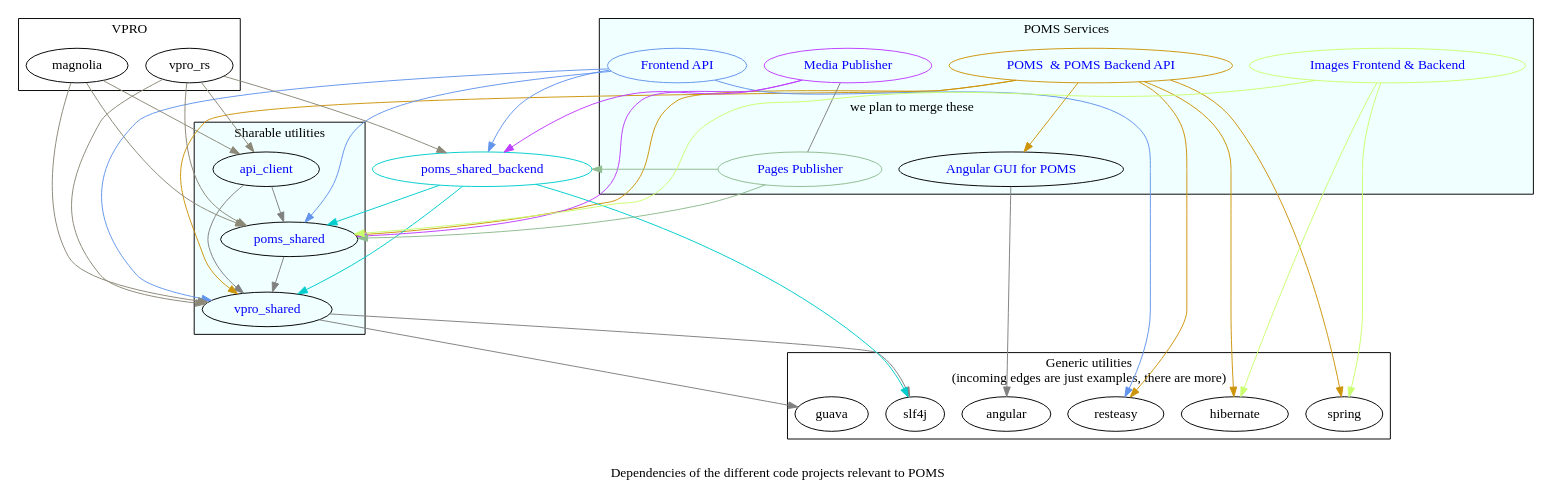
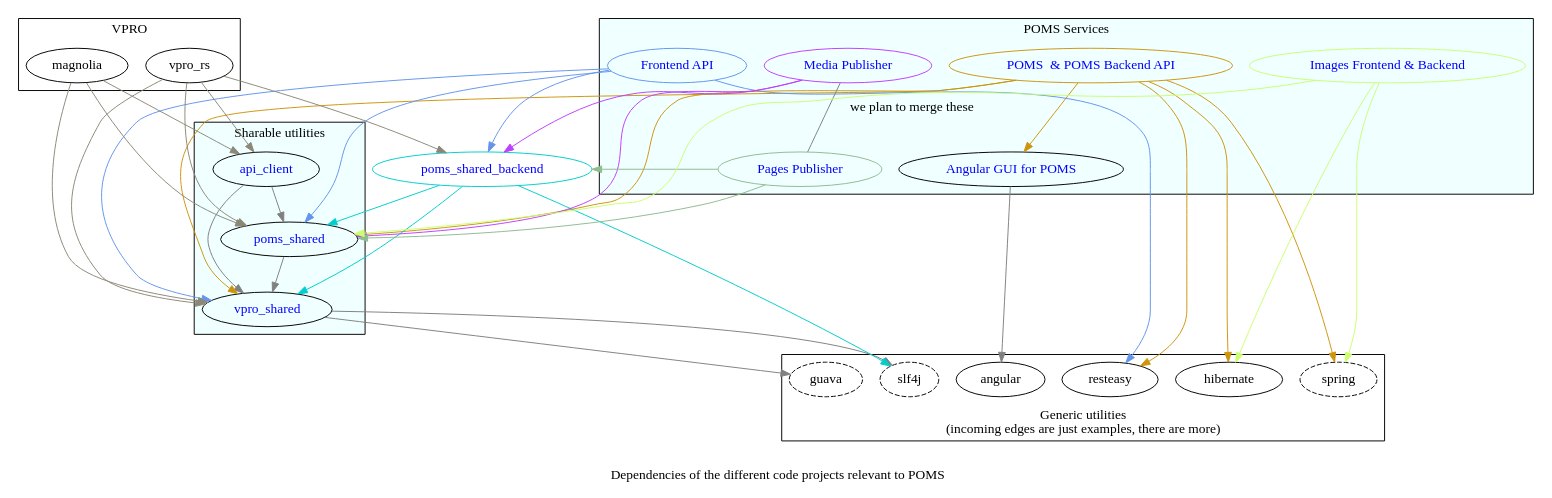
Before and after one commit to npo-poms/poms-parent: the diagram in poms-dependencies.dot, drawn with Graphviz. The commit also changed 5 other files, not shown here.

```diff
--- a/poms-dependencies.dot
+++ b/poms-dependencies.dot
@@ -1,137 +1,141 @@
 
 strict digraph {
   vpro_shared  [ href="https://github.com/vpro/vpro-shared"
                 fontcolor=blue
                 ]
   poms_shared  [
                 href="https://github.com/npo-poms/poms-shared"
                 fontcolor=blue
    ]
   api_client [ href="https://github.com/npo-poms/api-clients" fontcolor=blue ]
   poms_backend [ label="POMS  & POMS Backend API" href="https://subversion.vpro.nl/viewvc/nl/vpro/media" fontcolor=blue color=darkgoldenrod3]
   poms_gui [ label="Angular GUI for POMS" href="https://subversion.vpro.nl/viewvc/nl/vpro/media-gui" fontcolor=blue ]
   poms_shared_backend [ href="https://subversion.vpro.nl/viewvc/nl/publiekeomroep/poms-shared-backend/" fontcolor=blue color=cyan3 ]
   api [ label="Frontend API" href="https://subversion.vpro.nl/viewvc/nl/vpro/api/" fontcolor=blue color=cornflowerblue]
   media_publish [ label="Media Publisher" href="https://subversion.vpro.nl/viewvc/nl/publiekeomroep/npo-publish/" fontcolor=blue color=darkorchid1]
   pages_publish [ label="Pages Publisher" href="https://subversion.vpro.nl/viewvc/nl/publiekeomroep/npo-publish/" fontcolor=blue color=darkseagreen ]
 
   images [ label="Images Frontend & Backend" href="https://subversion.vpro.nl/viewvc/nl/vpro/images/" fontcolor=blue color=darkolivegreen1 ]
 
 
 
   label="
   Dependencies of the different code projects relevant to POMS";
 
   graph [
-         splines = yes
-  ]
+         splines=yes
+         ]
+  edge [
+        color=gray
+        ]
 
 
   subgraph cluster_0  {
     label="Generic utilities\n(incoming edges are just examples, there are more)"
     //label="Utilities which we don't maintain. These are only some example. Also, not every edge is included";
-    slf4j
-    guava
+    labelloc=b
+    slf4j[style=dashed]
+    guava[style=dashed]
+    spring[style=dashed]
     resteasy
-    spring
     hibernate
     angular
 
   }
 
   subgraph cluster_1  {
     label="VPRO"
     magnolia
     vpro_rs
   }
   subgraph cluster_2  {
     label="POMS Services"
     description="These are actually deployed"
     bgcolor=azure
     poms_gui
     poms_backend
     pages_publish
     media_publish
     api
     images
   }
 
   subgraph cluster_4  {
     label="Sharable utilities"
     bgcolor=azure
     api_client
     vpro_shared
     poms_shared
   }
 
 
   vpro_shared -> {
     slf4j
-    guava}[color=gray];
-  poms_shared -> vpro_shared[color=gray];
+    guava}
+  poms_shared -> vpro_shared
   poms_shared_backend -> {
     vpro_shared
     poms_shared
     slf4j
   }[color=cyan3]
 
   api -> {
     poms_shared
     poms_shared_backend
     vpro_shared
     resteasy
   }[color=cornflowerblue]
 
 
   pages_publish -> {
     poms_shared_backend
     poms_shared
   }[color=darkseagreen]
 
   media_publish -> {
     poms_shared
     poms_shared_backend
     }[color=darkorchid1]
 
-    media_publish -> pages_publish[color=gray label="we plan to merge these" dir=none]
+    media_publish -> pages_publish[label="we plan to merge these" dir=none]
 
 
 
   api_client -> {
     poms_shared
     vpro_shared
-  }[color=gray]
+  }
 
 
   images -> {
     poms_shared
     spring
     hibernate
   }[color=darkolivegreen1]
 
   magnolia -> {
     api_client
     vpro_shared
     poms_shared
   }[color=cornsilk4]
 
 
   vpro_rs -> {
     api_client
     vpro_shared
     poms_shared
     poms_shared_backend
   }[color=cornsilk4]
 
   poms_backend -> {
     poms_shared
     poms_gui
     resteasy
     spring
     hibernate
     vpro_shared
   }[color=darkgoldenrod3]
-  poms_gui -> angular[color=gray]
+  poms_gui -> angular
 
 
 }
```
